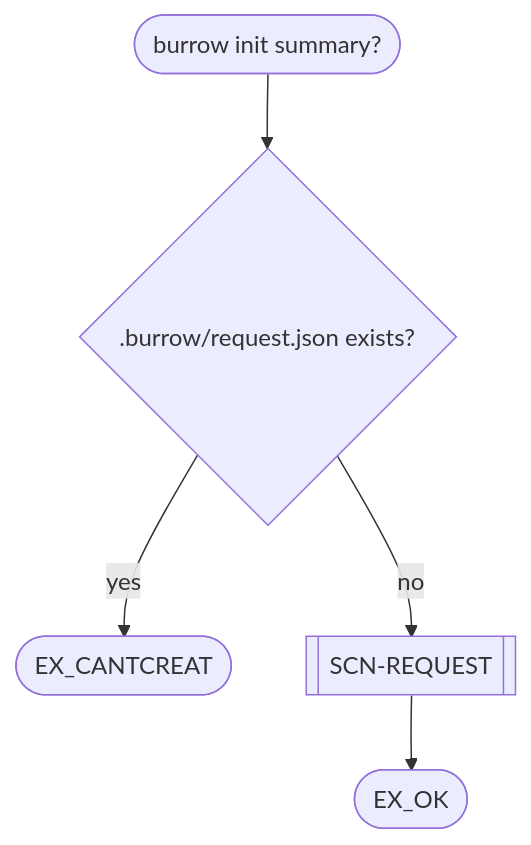
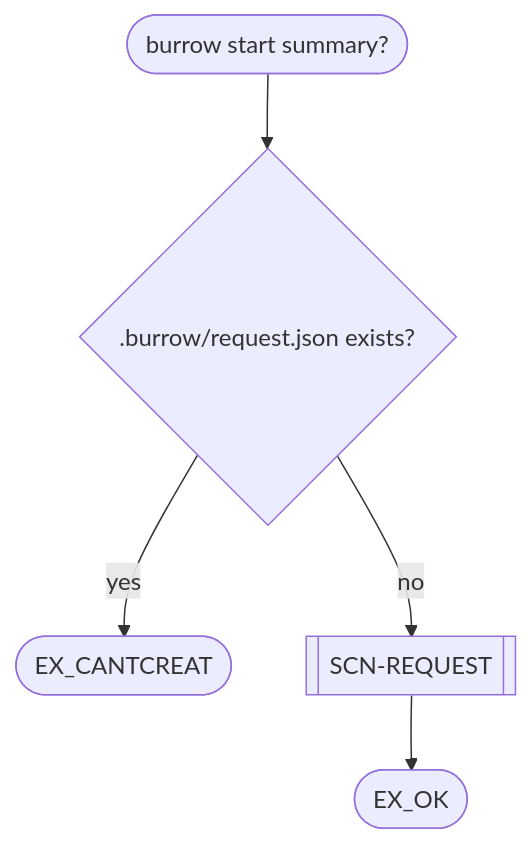
Before and after one commit to SamStudio8/burrow: the third of 8 diagrams in REQUIREMENTS.md, drawn with Mermaid. The commit also changed other lines of this file and 3 other files, not shown here.

Commit message:
burrow start and end

````diff
--- a/REQUIREMENTS.md
+++ b/REQUIREMENTS.md
@@ -90,8 +90,8 @@
 ```mermaid
 flowchart TD
-    input([burrow init summary?])
+    input([burrow start summary?])
     --> exists{.burrow/request.json exists?}
     exists -- yes --> error([EX_CANTCREAT])
     exists -- no --> create[[SCN-REQUEST]]
     --> done([EX_OK])
 ```
````
